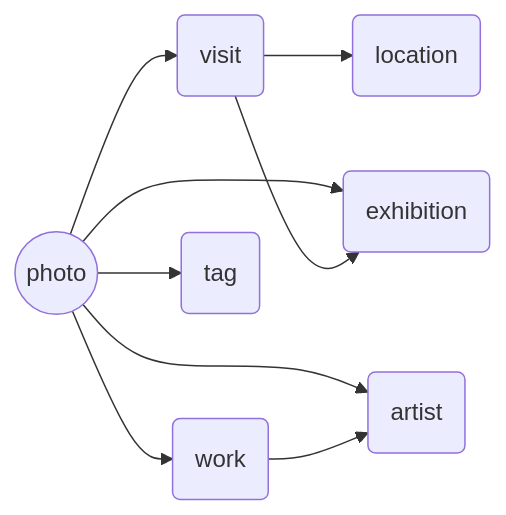
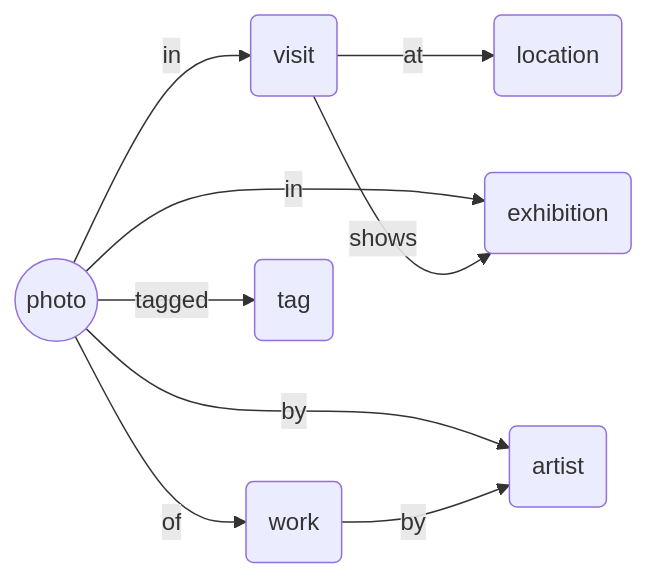
Before and after one commit to haszari/photos: the diagram in README.md, drawn with Mermaid. The commit also changed other lines of this file, not shown here.

Commit message:
Label the content diagram as containment
Edges now carry a short word — in, at, by, of, tagged, shows — and a lead-in
says arrows read as containment. Same density, same shapes, but the
relationship each line means is no longer implied.

````diff
--- a/README.md
+++ b/README.md
@@ -150,11 +153,11 @@
 ```mermaid
 graph LR
-    photo((photo)) --> visit(visit)
-    photo --> artist(artist)
-    photo --> work(work)
-    photo --> tag(tag)
-    photo --> exhibition(exhibition)
-    visit --> location(location)
-    visit --> exhibition
-    work --> artist
+    photo((photo)) -->|in| visit(visit)
+    photo -->|by| artist(artist)
+    photo -->|of| work(work)
+    photo -->|tagged| tag(tag)
+    photo -->|in| exhibition(exhibition)
+    visit -->|at| location(location)
+    visit -->|shows| exhibition
+    work -->|by| artist
 ```
````
